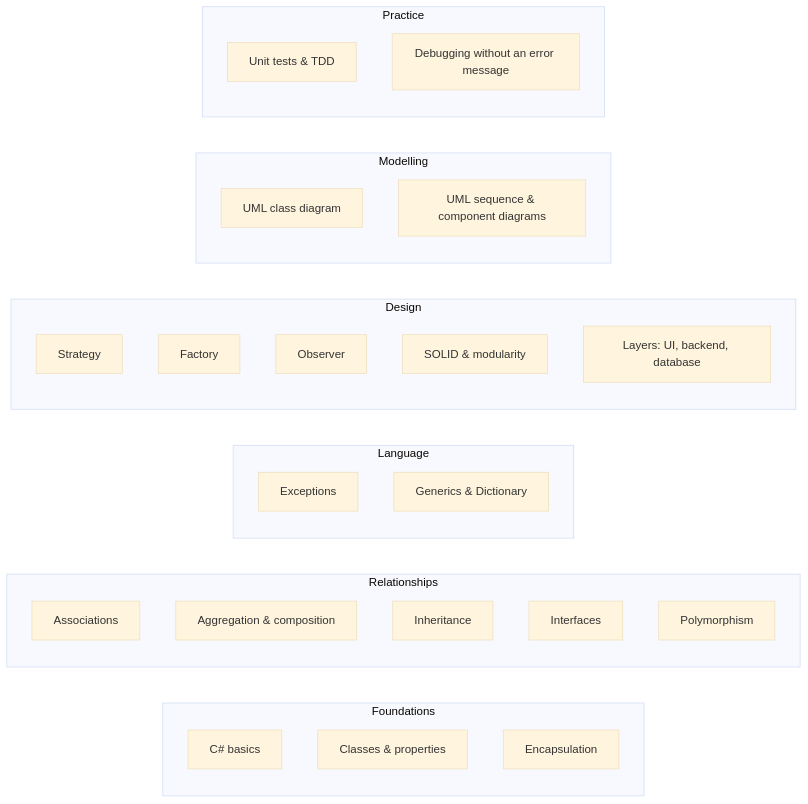
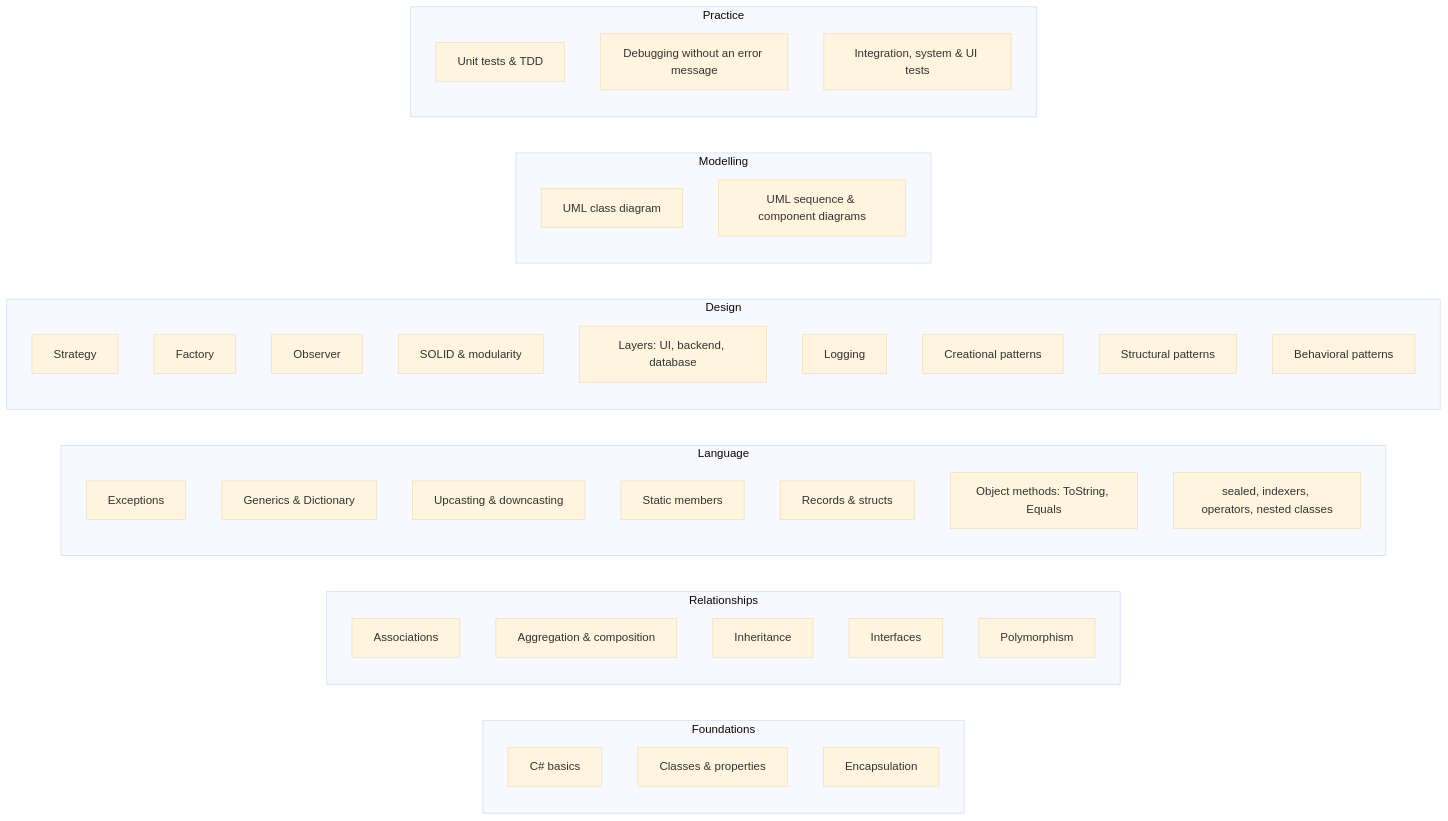
One commit to piethanegraaf/piethanegraaf.github.io changed diagram 12 of 17 in docs/en/research.md. Above: the diagram before and after it, drawn with Mermaid (base theme). The commit also changed other lines of this file and 5 other files, not shown here.

First line of the commit message:
Add logging, integration tests and the cheat sheet topics to the OOD map

````diff
--- a/docs/en/research.md
+++ b/docs/en/research.md
@@ -1289,34 +1289,44 @@
 ```mermaid
 flowchart LR
     subgraph Foundations
         A1[C# basics]
         A2[Classes & properties]
         A3[Encapsulation]
     end
     subgraph Relationships
         B1[Associations]
         B2[Aggregation & composition]
         B3[Inheritance]
         B4[Interfaces]
         B5[Polymorphism]
     end
     subgraph Language
         C1[Exceptions]
         C2[Generics & Dictionary]
+        C3[Upcasting & downcasting]
+        C4[Static members]
+        C5[Records & structs]
+        C6[Object methods: ToString, Equals]
+        C7[sealed, indexers, operators, nested classes]
     end
     subgraph Design
         D1[Strategy]
         D2[Factory]
         D3[Observer]
         D4[SOLID & modularity]
         D5[Layers: UI, backend, database]
+        D6[Logging]
+        D7[Creational patterns]
+        D8[Structural patterns]
+        D9[Behavioral patterns]
     end
     subgraph Modelling
         E1[UML class diagram]
         E2[UML sequence & component diagrams]
     end
     subgraph Practice
         F1[Unit tests & TDD]
         F2[Debugging without an error message]
+        F3[Integration, system & UI tests]
     end
 ```
````
